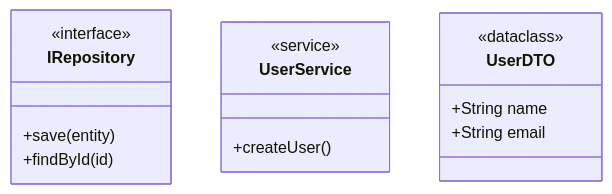
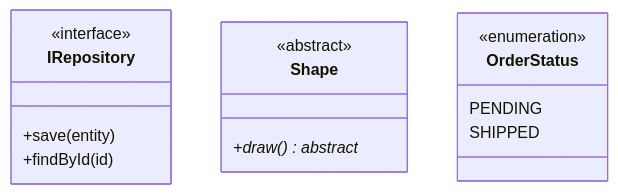
The third of 5 diagrams in plugins/general/skills/mermaid-diagrams/references/class-diagrams.md (el-feo/ai-context), drawn with Mermaid before and after one commit. The commit also changed other lines of this file and 8 other files, not shown here.

First line of the commit message:
refactor(general): reduce mermaid-diagrams SKILL.md and trim oversized references (#207)

````diff
--- a/plugins/general/skills/mermaid-diagrams/references/class-diagrams.md
+++ b/plugins/general/skills/mermaid-diagrams/references/class-diagrams.md
@@ -134,19 +44,19 @@
 ```mermaid
 classDiagram
     class IRepository {
         <<interface>>
         +save(entity)
         +findById(id)
     }
-    
-    class UserService {
-        <<service>>
-        +createUser()
+
+    class Shape {
+        <<abstract>>
+        +draw()* abstract
     }
-    
-    class UserDTO {
-        <<dataclass>>
-        +String name
-        +String email
+
+    class OrderStatus {
+        <<enumeration>>
+        PENDING
+        SHIPPED
     }
 ```
````
